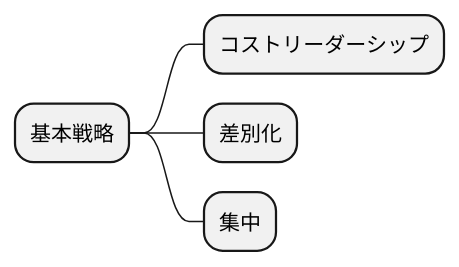
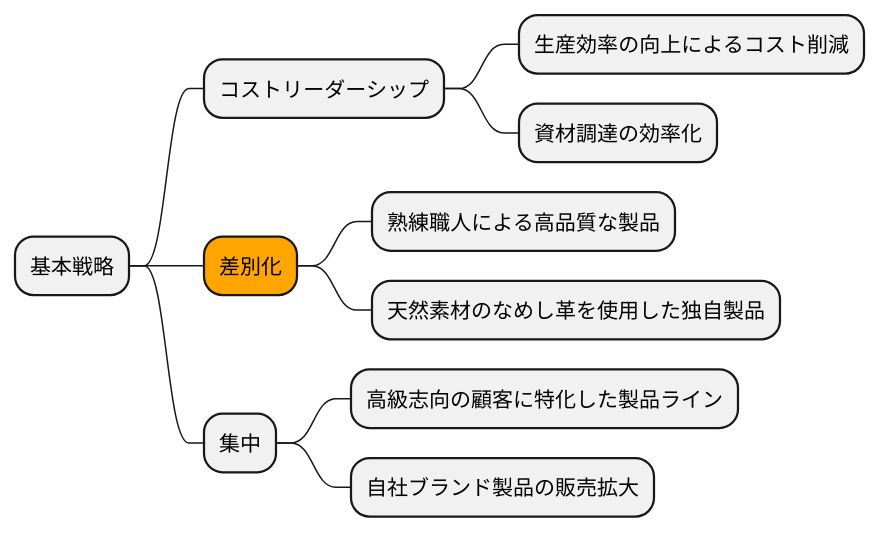
Before and after one commit to k2works/case-sutudy-business-analysis: the eighth of 16 diagrams in docs/case/r03_case_3.adoc, drawn with PlantUML. The commit also changed other lines of this file, not shown here.

```diff
--- a/docs/case/r03_case_3.adoc
+++ b/docs/case/r03_case_3.adoc
@@ -225,11 +266,17 @@
 [plantuml]
 ----
 @startmindmap
 
 * 基本戦略
 ** コストリーダーシップ
-** 差別化
+*** 生産効率の向上によるコスト削減
+*** 資材調達の効率化
+**[#orange] 差別化
+*** 熟練職人による高品質な製品
+*** 天然素材のなめし革を使用した独自製品
 ** 集中
+*** 高級志向の顧客に特化した製品ライン
+*** 自社ブランド製品の販売拡大
 
 @endmindmap
 ----
```
